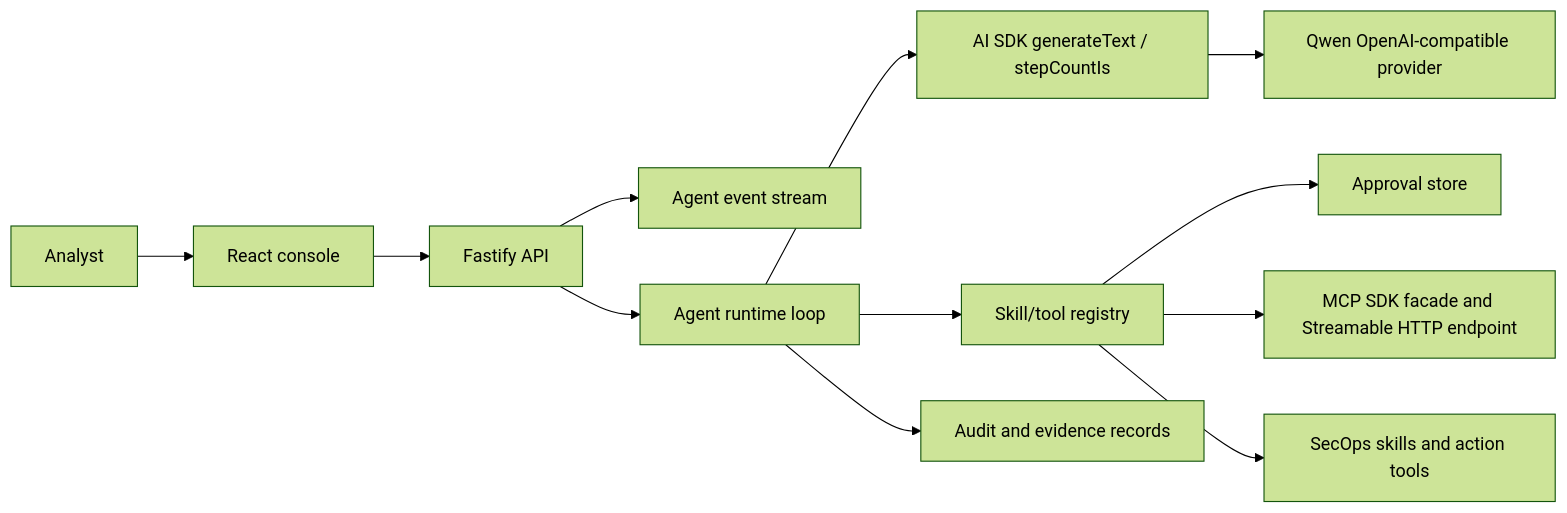
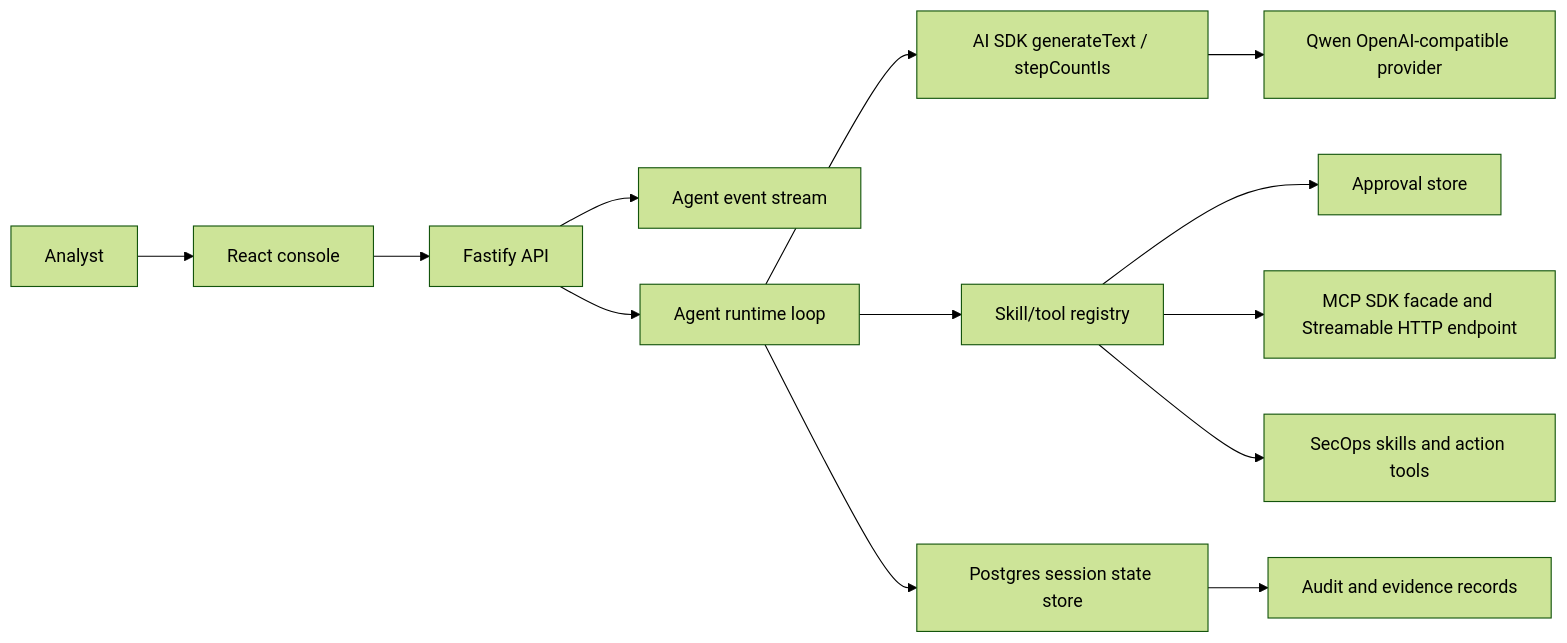
Before and after one commit to rysaio/autopro: the diagram in docs/architecture.md, drawn with Mermaid (forest theme). The commit also changed other lines of this file and 5 other files, not shown here.

````diff
--- a/docs/architecture.md
+++ b/docs/architecture.md
@@ -5,14 +5,15 @@
 ```mermaid
 flowchart LR
   User["Analyst"] --> Web["React console"]
   Web --> API["Fastify API"]
   API --> Events["Agent event stream"]
   API --> Runtime["Agent runtime loop"]
   Runtime --> SDK["AI SDK generateText / stepCountIs"]
   SDK --> Provider["Qwen OpenAI-compatible provider"]
   Runtime --> Registry["Skill/tool registry"]
   Registry --> Approvals["Approval store"]
   Registry --> MCP["MCP SDK facade and Streamable HTTP endpoint"]
   Registry --> Skills["SecOps skills and action tools"]
-  Runtime --> Audit["Audit and evidence records"]
+  Runtime --> Store["Postgres session state store"]
+  Store --> Audit["Audit and evidence records"]
 ```
````
